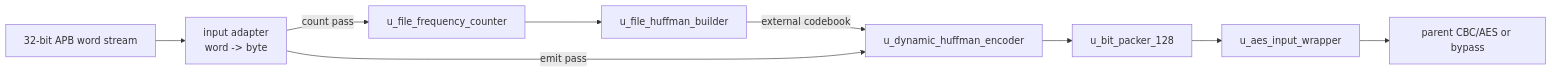
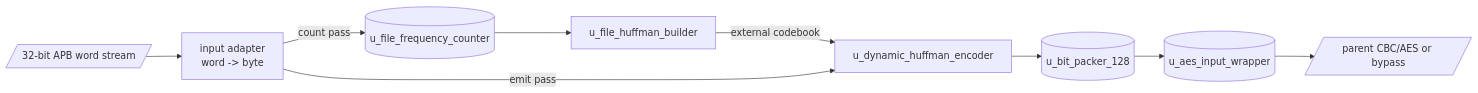
One commit to ngoquocan139/AES_huffman_all6 changed the second of 2 diagrams in docs/apb_huffman_aes_tx_top_spec.md. Above: the diagram before and after it, drawn with Mermaid. The commit also changed other lines of this file and 28 other files, not shown here.

````diff
--- a/docs/apb_huffman_aes_tx_top_spec.md
+++ b/docs/apb_huffman_aes_tx_top_spec.md
@@ -65,12 +64,12 @@
 ```mermaid
 flowchart LR
-    A["32-bit APB word stream"] --> B["input adapter
+    A[/"32-bit APB word stream"/] --> B["input adapter
     word -> byte"]
-    B -->|"count pass"| FC["u_file_frequency_counter"]
+    B -->|"count pass"| FC[("u_file_frequency_counter")]
     FC --> HB["u_file_huffman_builder"]
     HB -->|"external codebook"| C["u_dynamic_huffman_encoder"]
     B -->|"emit pass"| C
-    C --> D["u_bit_packer_128"]
-    D --> E["u_aes_input_wrapper"]
-    E --> F["parent CBC/AES or bypass"]
+    C --> D[("u_bit_packer_128")]
+    D --> E[("u_aes_input_wrapper")]
+    E --> F[/"parent CBC/AES or bypass"/]
 ```
````
